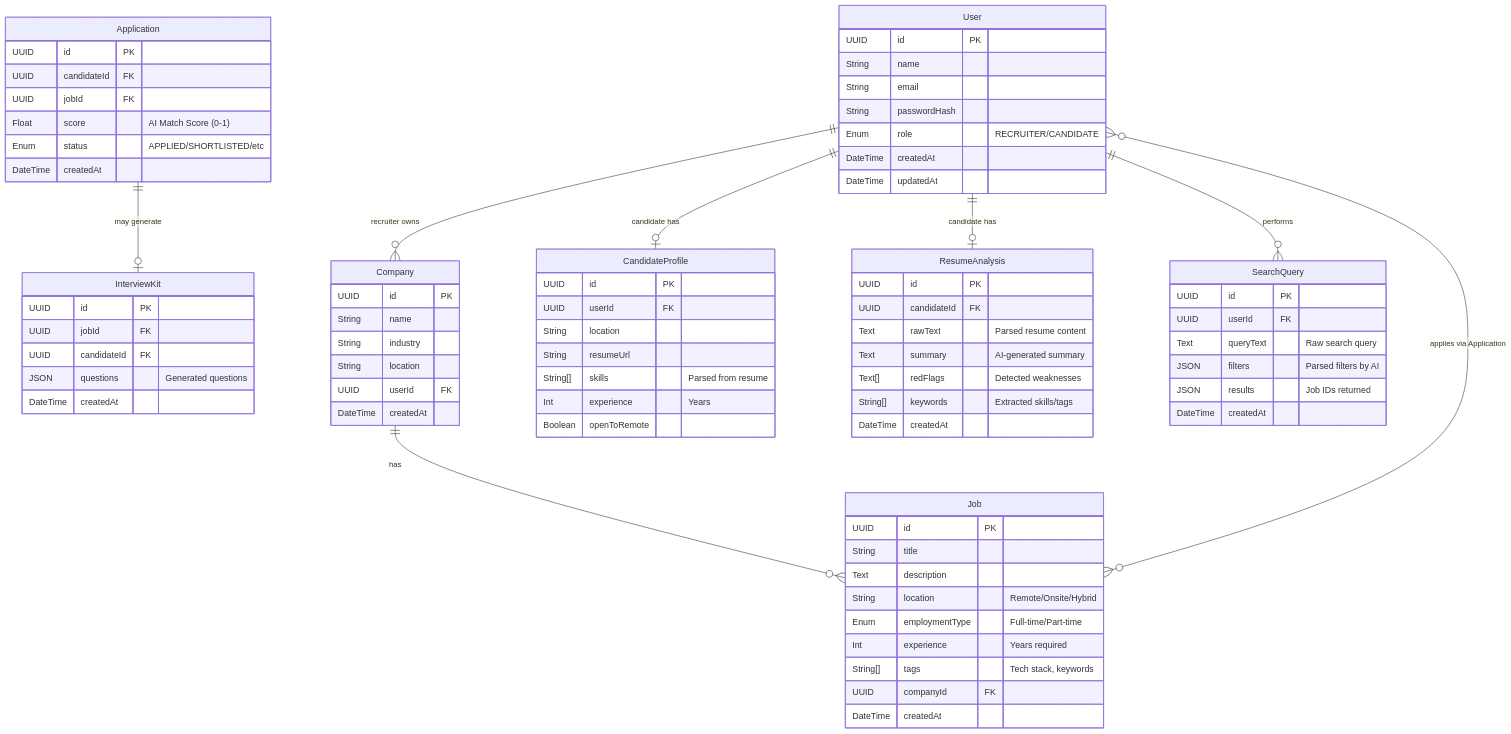
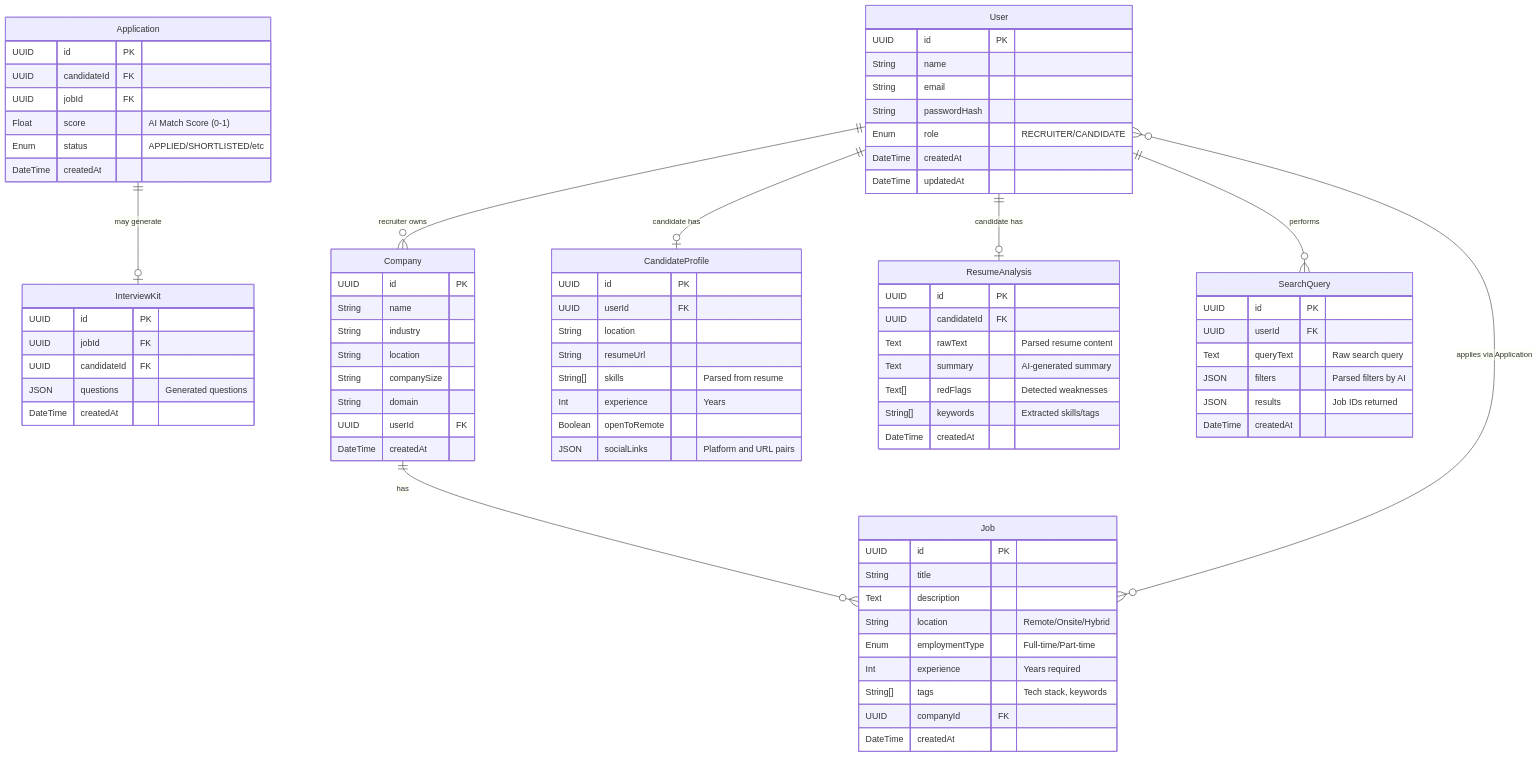
Before and after one commit to devwithfarshi/hireloom-ai: the diagram in database-diagram.md, drawn with Mermaid. The commit also changed 32 other files, not shown here.

First line of the commit message:
feat(profile): add company profile update form and social links

```diff
--- a/database-diagram.md
+++ b/database-diagram.md
@@ -15,6 +15,8 @@
         String name
         String industry
         String location
+        String companySize
+        String domain
         UUID userId FK
         DateTime createdAt
     }
@@ -39,6 +41,7 @@
         String[] skills "Parsed from resume"
         Int experience "Years"
         Boolean openToRemote
+        JSON socialLinks "Platform and URL pairs"
     }
 
     Application {
```
